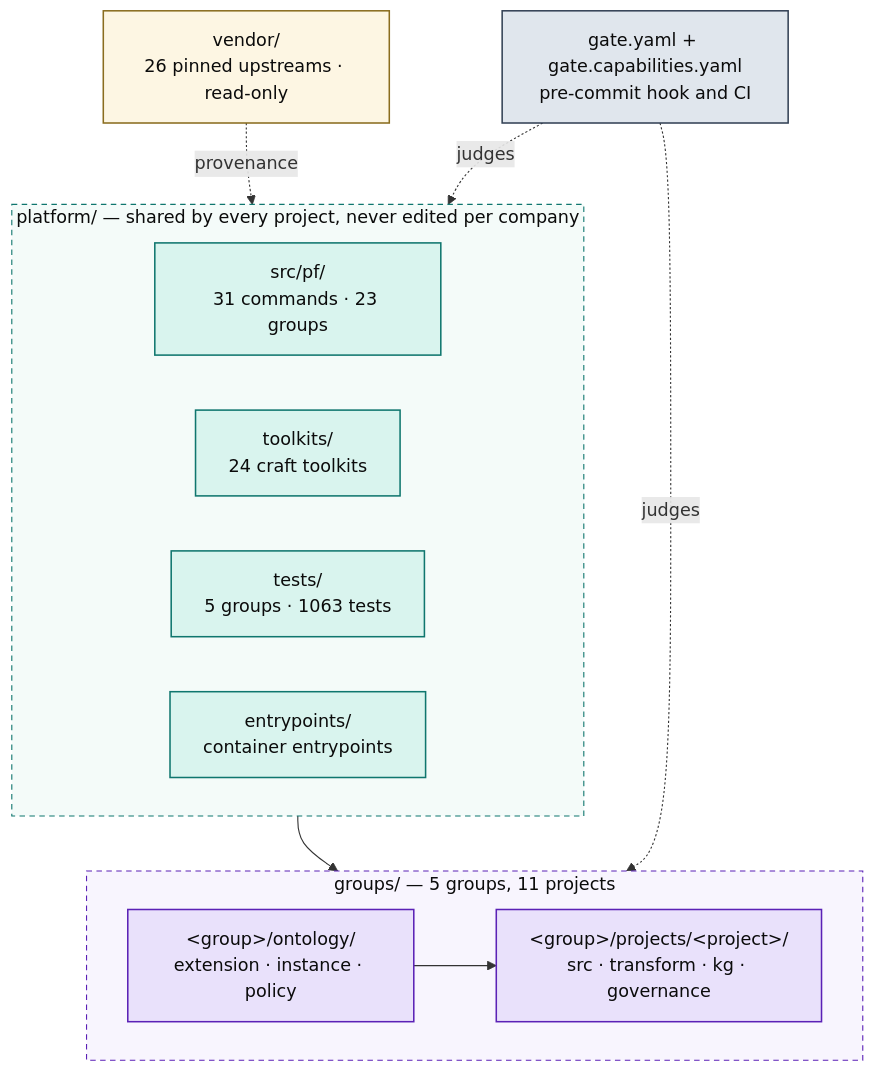
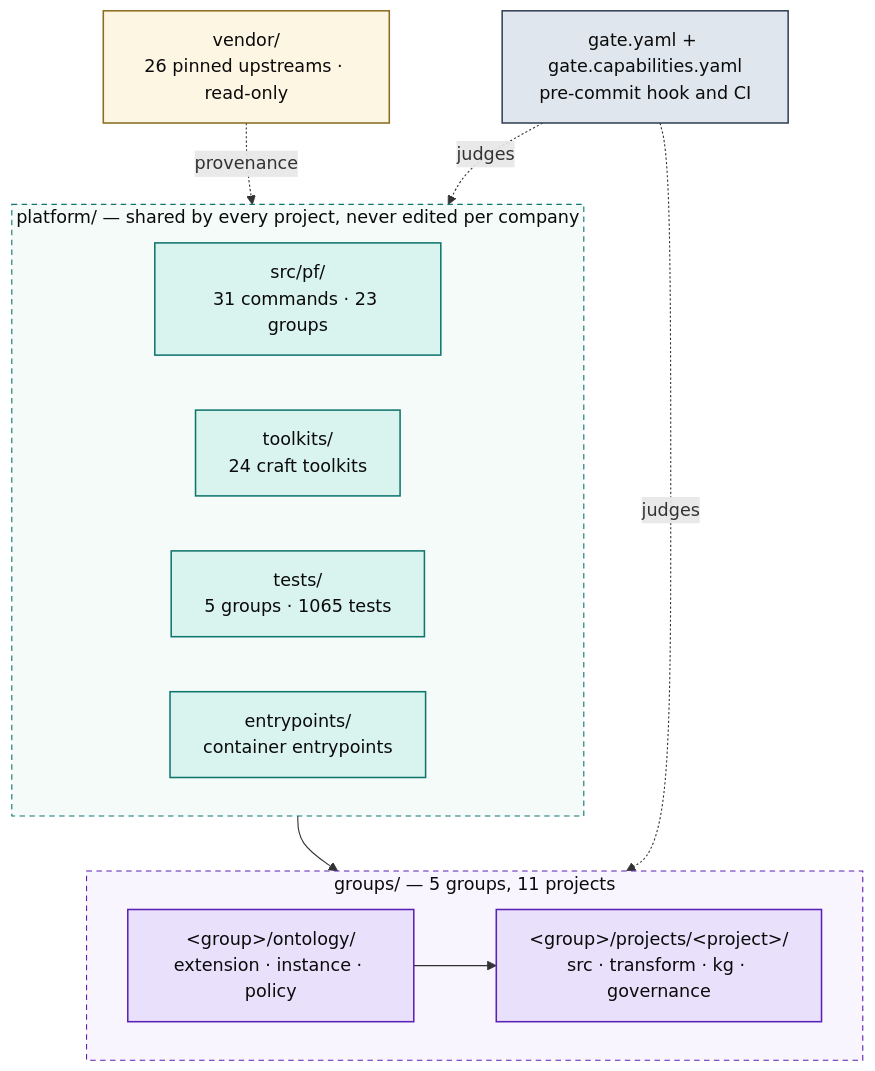
One commit to Atomz-org/data-platform changed the first of 5 diagrams in docs/ARCHITECTURE.md. Above: the diagram before and after it, drawn with Mermaid. The commit also changed other lines of this file and 5 other files, not shown here.

````diff
--- a/docs/ARCHITECTURE.md
+++ b/docs/ARCHITECTURE.md
@@ -15,36 +15,36 @@
 ```mermaid
 flowchart TB
   subgraph SHARED["platform/ — shared by every project, never edited per company"]
     direction LR
     ENG["src/pf/<br/>31 commands · 23 groups"]
     TK["toolkits/<br/>24 craft toolkits"]
-    TST["tests/<br/>5 groups · 1063 tests"]
+    TST["tests/<br/>5 groups · 1065 tests"]
     ENT["entrypoints/<br/>container entrypoints"]
   end
 
   subgraph ENTITIES["groups/ — 5 groups, 11 projects"]
     direction LR
     GRP["&lt;group&gt;/ontology/<br/>extension · instance · policy"]
     PRJ["&lt;group&gt;/projects/&lt;project&gt;/<br/>src · transform · kg · governance"]
     GRP --> PRJ
   end
 
   VEN["vendor/<br/>26 pinned upstreams · read-only"]
   GATE["gate.yaml + gate.capabilities.yaml<br/>pre-commit hook and CI"]
 
   SHARED --> ENTITIES
   VEN -.provenance.-> SHARED
   GATE -.judges.-> ENTITIES
   GATE -.judges.-> SHARED
 
   classDef code fill:#d9f4ee,stroke:#0f766e,stroke-width:1.4px,color:#0b0b0b
   classDef data fill:#e9e1fb,stroke:#5b21b6,stroke-width:1.4px,color:#0b0b0b
   classDef gov fill:#e0e6ed,stroke:#334155,stroke-width:1.4px,color:#0b0b0b
   classDef ext fill:#fdf6e3,stroke:#8a6d1f,stroke-width:1.4px,color:#0b0b0b
   class ENG,TK,TST,ENT code
   class GRP,PRJ data
   class GATE gov
   class VEN ext
   style SHARED fill:#f4fbf9,stroke:#0f766e,stroke-dasharray:5 4,color:#0b0b0b
   style ENTITIES fill:#f8f5fe,stroke:#5b21b6,stroke-dasharray:5 4,color:#0b0b0b
 ```
````
